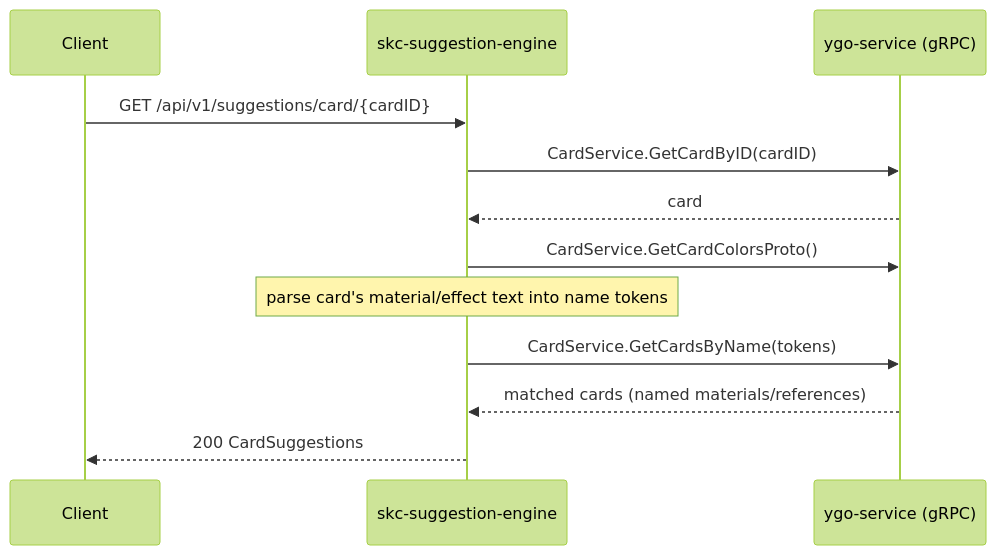
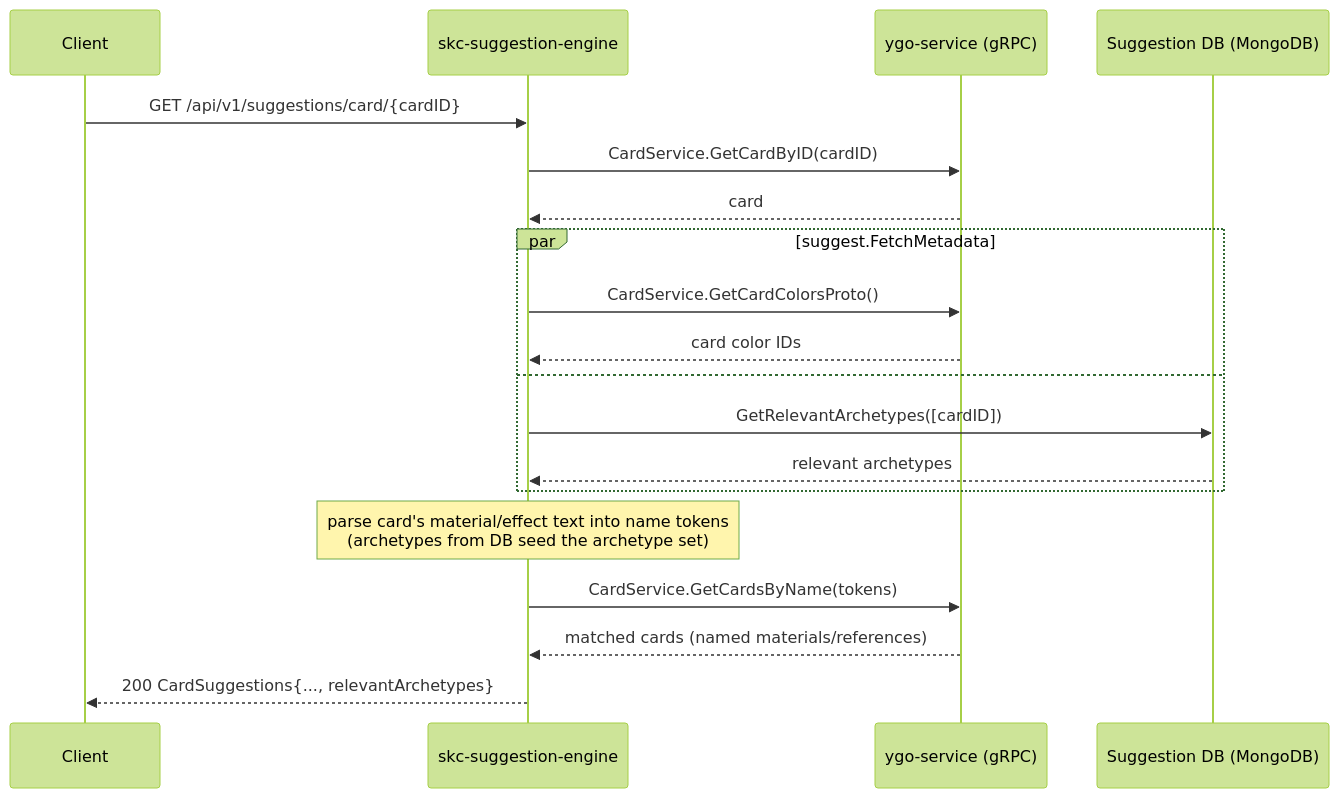
Before and after one commit to ygo-skc/skc-suggestion-engine: the fourth of 13 diagrams in SYSTEM_DESIGN.md, drawn with Mermaid (forest theme). The commit also changed other lines of this file, not shown here.

````diff
--- a/SYSTEM_DESIGN.md
+++ b/SYSTEM_DESIGN.md
@@ -68,15 +70,22 @@
 ```mermaid
 sequenceDiagram
     participant Client
     participant API as skc-suggestion-engine
     participant YGO as ygo-service (gRPC)
+    participant DB as Suggestion DB (MongoDB)
 
     Client->>API: GET /api/v1/suggestions/card/{cardID}
     API->>YGO: CardService.GetCardByID(cardID)
     YGO-->>API: card
-    API->>YGO: CardService.GetCardColorsProto()
-    Note over API: parse card's material/effect text into name tokens
+    par suggest.FetchMetadata
+        API->>YGO: CardService.GetCardColorsProto()
+        YGO-->>API: card color IDs
+    and
+        API->>DB: GetRelevantArchetypes([cardID])
+        DB-->>API: relevant archetypes
+    end
+    Note over API: parse card's material/effect text into name tokens<br/>(archetypes from DB seed the archetype set)
     API->>YGO: CardService.GetCardsByName(tokens)
     YGO-->>API: matched cards (named materials/references)
-    API-->>Client: 200 CardSuggestions
+    API-->>Client: 200 CardSuggestions{..., relevantArchetypes}
 ```
````
